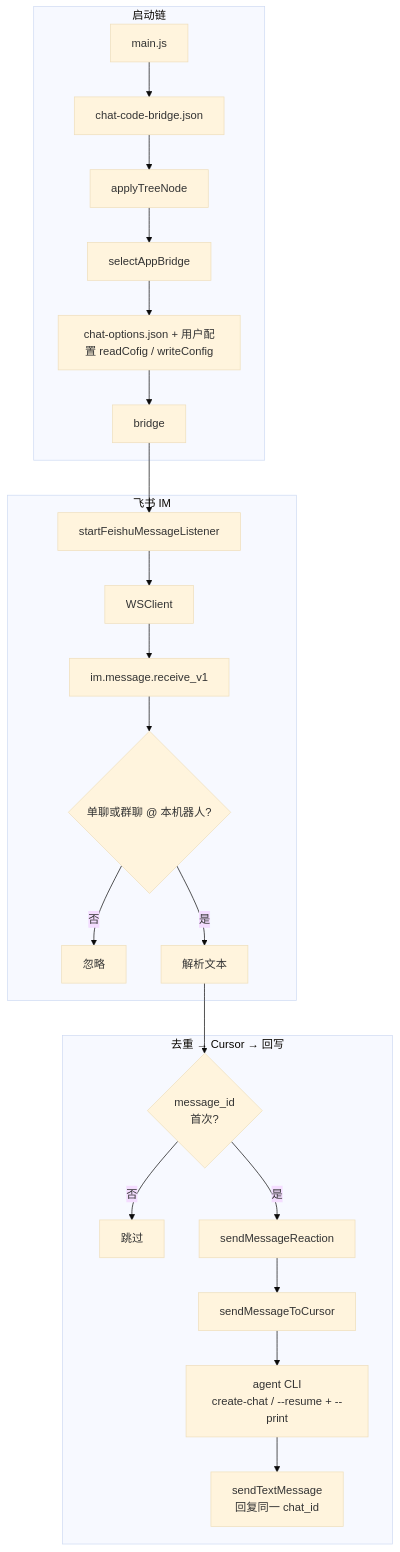
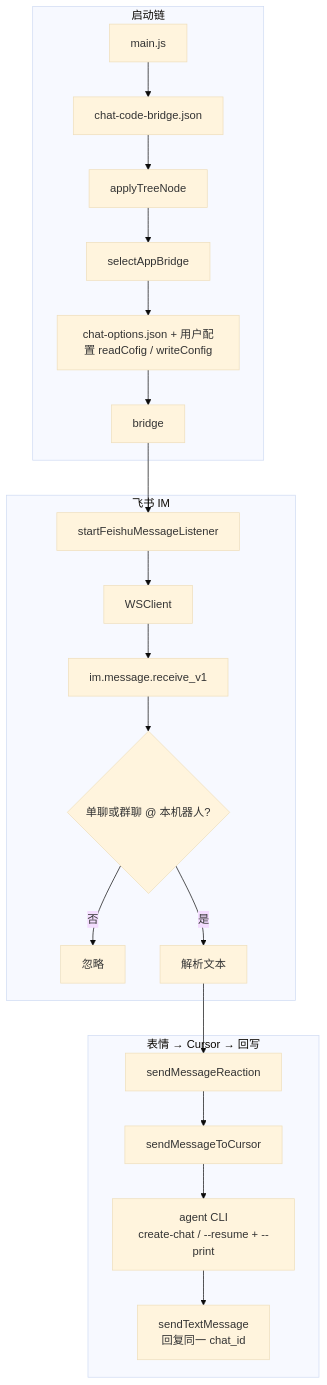
Before and after one commit to shangguanjunwei/chat2: the first of 2 diagrams in README.md, drawn with Mermaid (base theme). The commit also changed other lines of this file and 2 other files, not shown here.

````diff
--- a/README.md
+++ b/README.md
@@ -84,30 +83,28 @@
 ```mermaid
 flowchart TB
   subgraph init["启动链"]
     M[main.js]
     J[chat-code-bridge.json]
     A[applyTreeNode]
     S[selectAppBridge]
     O[chat-options.json + 用户配置 readCofig / writeConfig]
     M --> J --> A --> S --> O
     O --> B[bridge]
   end
 
   subgraph im["飞书 IM"]
     B --> L[startFeishuMessageListener]
     L --> W[WSClient]
     W --> E[im.message.receive_v1]
     E --> F{单聊或群聊 @ 本机器人?}
     F -->|否| X[忽略]
     F -->|是| T[解析文本]
   end
 
-  subgraph bridge["去重 → Cursor → 回写"]
-    T --> U{message_id<br/>首次?}
-    U -->|否| X2[跳过]
-    U -->|是| R[sendMessageReaction]
+  subgraph bridge["表情 → Cursor → 回写"]
+    T --> R[sendMessageReaction]
     R --> C[sendMessageToCursor]
     C --> G["agent CLI<br/>create-chat / --resume + --print"]
     G --> P["sendTextMessage<br/>回复同一 chat_id"]
   end
 ```
````
